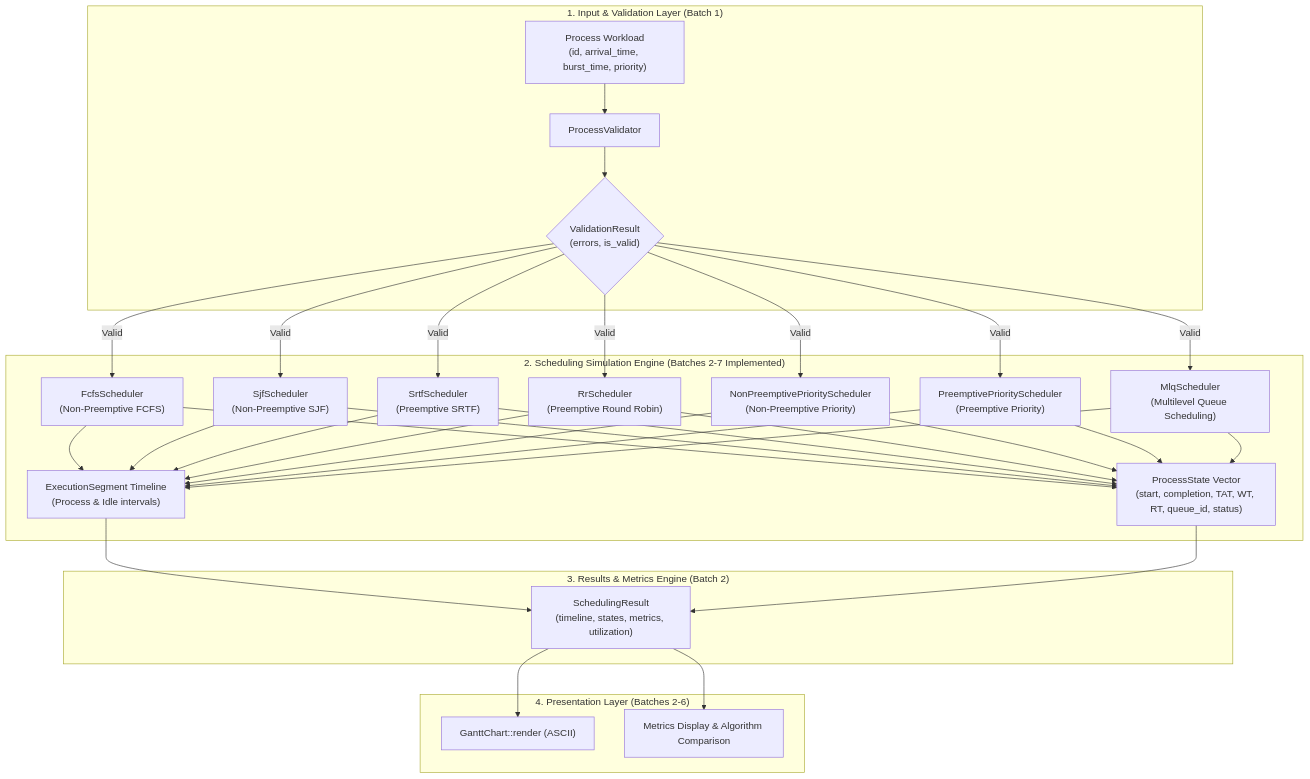
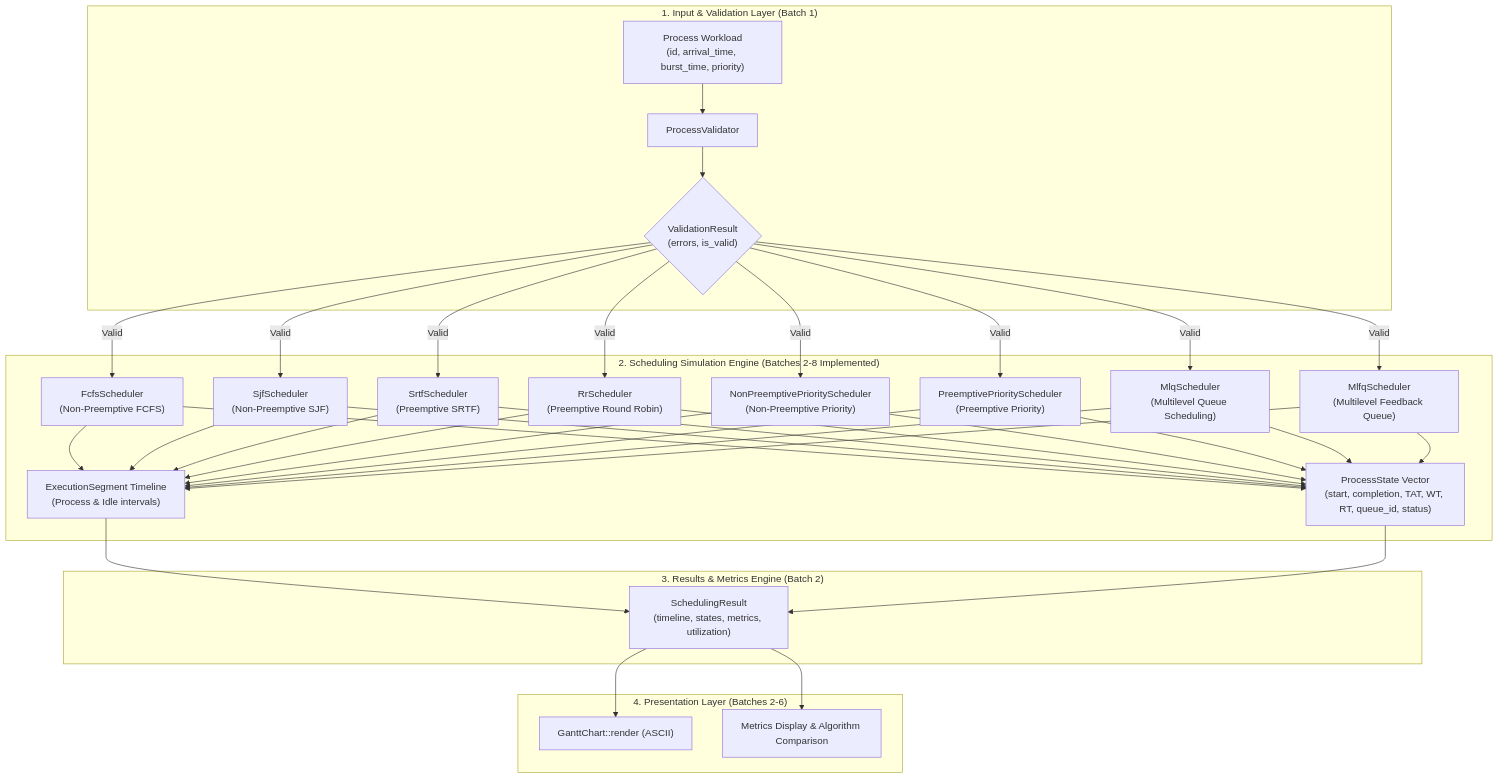
One commit to ThunderSkull7/cpu-scheduling-simulator changed the diagram in docs/ARCHITECTURE.md. Above: the diagram before and after it, drawn with Mermaid. The commit also changed other lines of this file and 8 other files, not shown here.

Commit message:
feat: implement multilevel feedback queue CPU scheduling

````diff
--- a/docs/ARCHITECTURE.md
+++ b/docs/ARCHITECTURE.md
@@ -16,28 +16,29 @@
 ```mermaid
 flowchart TD
     subgraph InputLayer["1. Input & Validation Layer (Batch 1)"]
         RawWorkload["Process Workload\n(id, arrival_time, burst_time, priority)"] --> Validator["ProcessValidator"]
         Validator --> ValidationResult{"ValidationResult\n(errors, is_valid)"}
     end
 
-    subgraph SimulationLayer["2. Scheduling Simulation Engine (Batches 2-7 Implemented)"]
+    subgraph SimulationLayer["2. Scheduling Simulation Engine (Batches 2-8 Implemented)"]
         ValidationResult -->|Valid| Fcfs["FcfsScheduler\n(Non-Preemptive FCFS)"]
         ValidationResult -->|Valid| Sjf["SjfScheduler\n(Non-Preemptive SJF)"]
         ValidationResult -->|Valid| Srtf["SrtfScheduler\n(Preemptive SRTF)"]
         ValidationResult -->|Valid| Rr["RrScheduler\n(Preemptive Round Robin)"]
         ValidationResult -->|Valid| NpPrio["NonPreemptivePriorityScheduler\n(Non-Preemptive Priority)"]
         ValidationResult -->|Valid| PPrio["PreemptivePriorityScheduler\n(Preemptive Priority)"]
         ValidationResult -->|Valid| Mlq["MlqScheduler\n(Multilevel Queue Scheduling)"]
-        Fcfs & Sjf & Srtf & Rr & NpPrio & PPrio & Mlq --> ProcessState["ProcessState Vector\n(start, completion, TAT, WT, RT, queue_id, status)"]
-        Fcfs & Sjf & Srtf & Rr & NpPrio & PPrio & Mlq --> Timeline["ExecutionSegment Timeline\n(Process & Idle intervals)"]
+        ValidationResult -->|Valid| Mlfq["MlfqScheduler\n(Multilevel Feedback Queue)"]
+        Fcfs & Sjf & Srtf & Rr & NpPrio & PPrio & Mlq & Mlfq --> ProcessState["ProcessState Vector\n(start, completion, TAT, WT, RT, queue_id, status)"]
+        Fcfs & Sjf & Srtf & Rr & NpPrio & PPrio & Mlq & Mlfq --> Timeline["ExecutionSegment Timeline\n(Process & Idle intervals)"]
     end
 
     subgraph AnalyticsLayer["3. Results & Metrics Engine (Batch 2)"]
         Timeline & ProcessState --> SchedulingResult["SchedulingResult\n(timeline, states, metrics, utilization)"]
     end
 
     subgraph PresentationLayer["4. Presentation Layer (Batches 2-6)"]
         SchedulingResult --> GanttChart["GanttChart::render (ASCII)"]
         SchedulingResult --> CliMetrics["Metrics Display & Algorithm Comparison"]
     end
 ```
````
